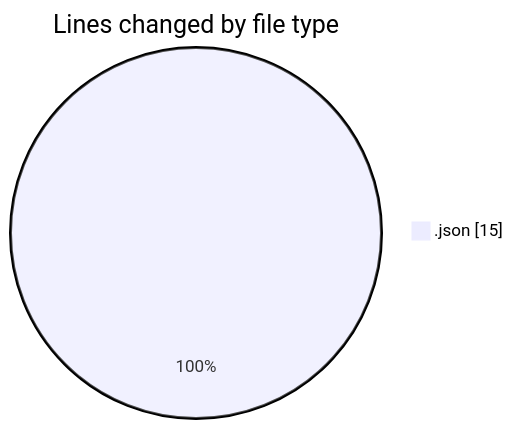
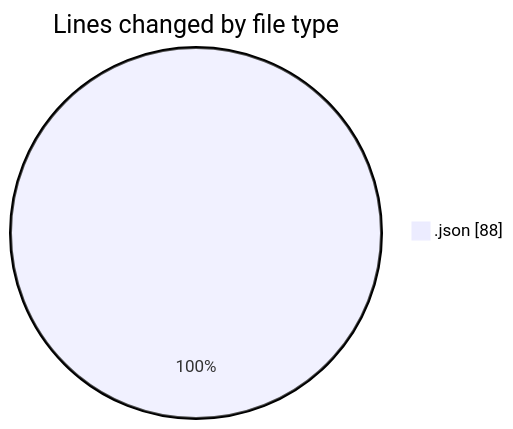
One commit to ahmedfadelnemo-del/code-tracking changed the first of 2 diagrams in 2026-02-08/new_folder__4_/README.md. Above: the diagram before and after it, drawn with Mermaid. The commit also changed other lines of this file and 1 other file, not shown here.

````diff
--- a/2026-02-08/new_folder__4_/README.md
+++ b/2026-02-08/new_folder__4_/README.md
@@ -20,5 +22,5 @@
 ```mermaid
 pie showData
 title Lines changed by file type
-".json" : 15
+".json" : 88
 ```
````
